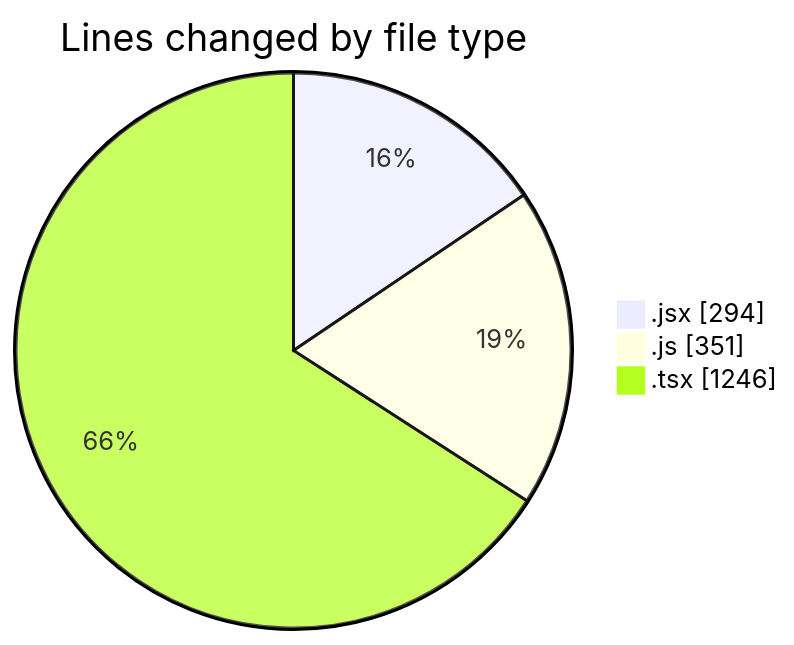
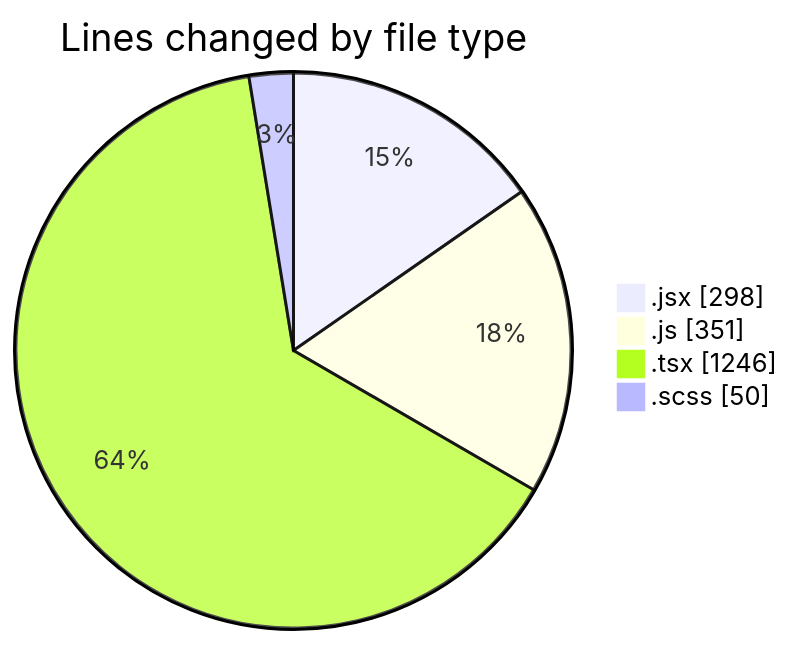
Before and after one commit to momahboobian/code-tracking: the first of 2 diagrams in 2026-02-12/cda/README.md, drawn with Mermaid. The commit also changed other lines of this file and 1 other file, not shown here.

````diff
--- a/2026-02-12/cda/README.md
+++ b/2026-02-12/cda/README.md
@@ -24,7 +25,8 @@
 ```mermaid
 pie showData
 title Lines changed by file type
-".jsx" : 294
+".jsx" : 298
 ".js" : 351
 ".tsx" : 1246
+".scss" : 50
 ```
````
